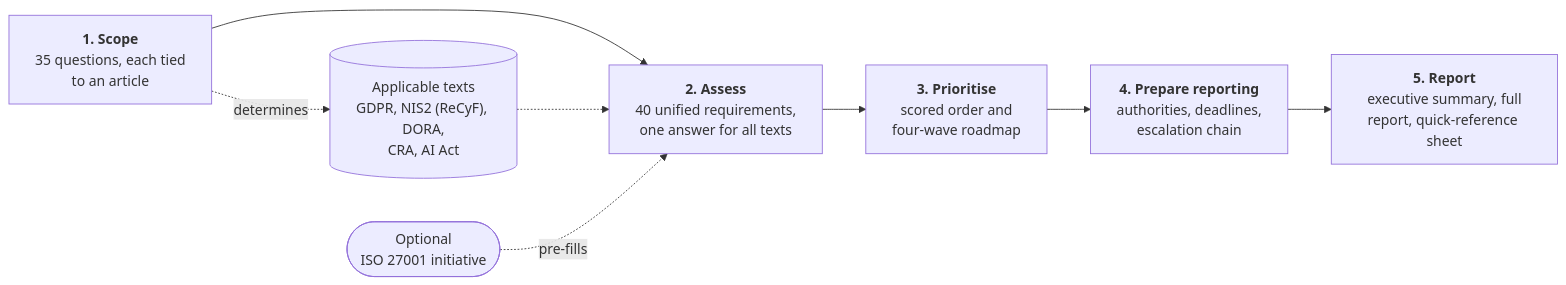
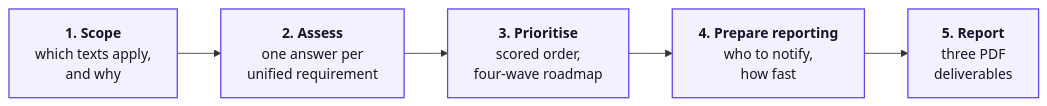
One commit to raymondboustany/scopeo changed the first of 2 diagrams in README.md. Above: the diagram before and after it, drawn with Mermaid. The commit also changed other lines of this file, not shown here.

````diff
--- a/README.md
+++ b/README.md
@@ -51,10 +51,9 @@
 ```mermaid
 flowchart LR
-  A["<b>1. Scope</b><br/>35 questions, each tied<br/>to an article"] --> B["<b>2. Assess</b><br/>40 unified requirements,<br/>one answer for all texts"]
-  B --> C["<b>3. Prioritise</b><br/>scored order and<br/>four-wave roadmap"]
-  C --> D["<b>4. Prepare reporting</b><br/>authorities, deadlines,<br/>escalation chain"]
-  D --> E["<b>5. Report</b><br/>executive summary, full<br/>report, quick-reference sheet"]
-  A -. determines .-> T[("Applicable texts<br/>GDPR, NIS2 (ReCyF), DORA,<br/>CRA, AI Act")]
-  T -.-> B
-  I(["Optional<br/>ISO 27001 initiative"]) -. pre-fills .-> B
+  A["<b>1. Scope</b><br/>which texts apply,<br/>and why"] --> B["<b>2. Assess</b><br/>one answer per<br/>unified requirement"]
+  B --> C["<b>3. Prioritise</b><br/>scored order,<br/>four-wave roadmap"]
+  C --> D["<b>4. Prepare reporting</b><br/>who to notify,<br/>how fast"]
+  D --> E["<b>5. Report</b><br/>three PDF<br/>deliverables"]
+  classDef step fill:#f4f1ff,stroke:#6547e8,stroke-width:1.5px,color:#17132b
+  class A,B,C,D,E step
 ```
````
